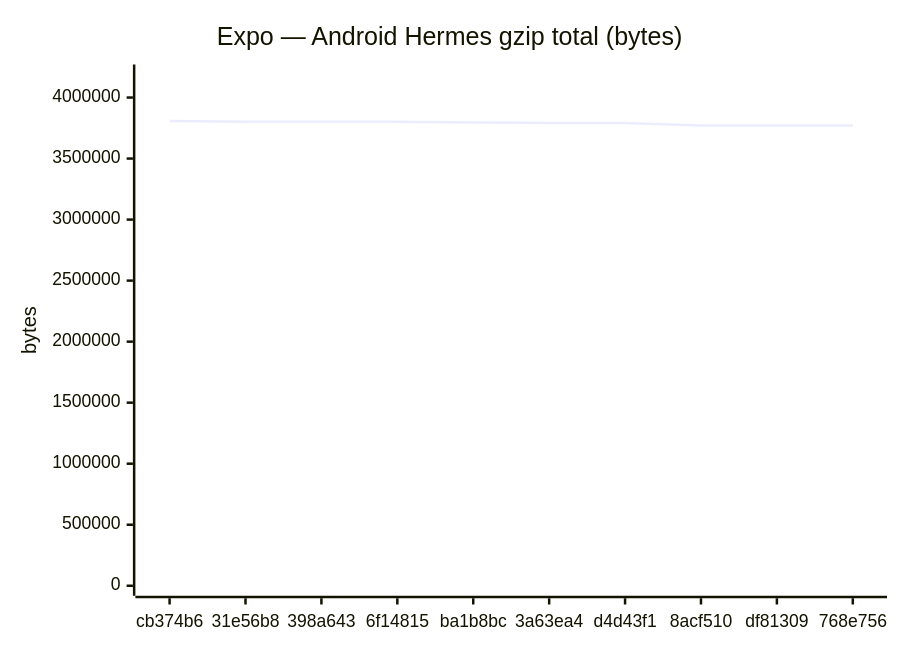
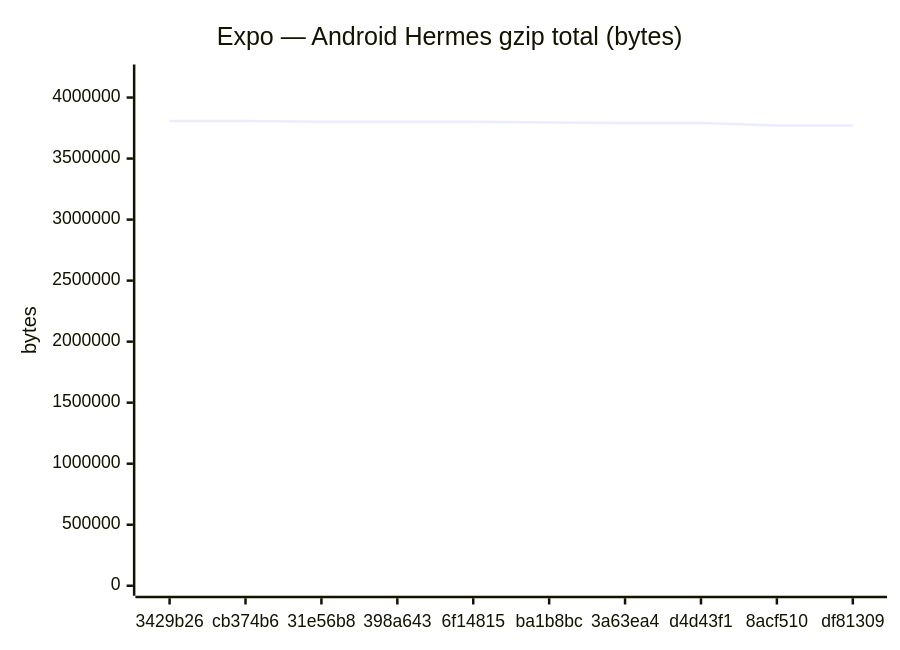
One commit to Metaheurist/Rianell changed the fifth of 18 diagrams in benchmarks/compare.md. Above: the diagram before and after it, drawn with Mermaid. The commit also changed other lines of this file and 11 other files, not shown here.

````diff
--- a/benchmarks/compare.md
+++ b/benchmarks/compare.md
@@ -89,7 +89,7 @@
 ```mermaid
 xychart-beta
     title "Expo — Android Hermes gzip total (bytes)"
-    x-axis ["cb374b6", "31e56b8", "398a643", "6f14815", "ba1b8bc", "3a63ea4", "d4d43f1", "8acf510", "df81309", "768e756"]
+    x-axis ["3429b26", "cb374b6", "31e56b8", "398a643", "6f14815", "ba1b8bc", "3a63ea4", "d4d43f1", "8acf510", "df81309"]
     y-axis "bytes" 0 --> 4188742
-    line [3807947, 3802529, 3802528, 3802527, 3796378, 3791714, 3791716, 3770636, 3770634, 3771343]
+    line [3807947, 3807947, 3802529, 3802528, 3802527, 3796378, 3791714, 3791716, 3770636, 3770634]
 ```
````
